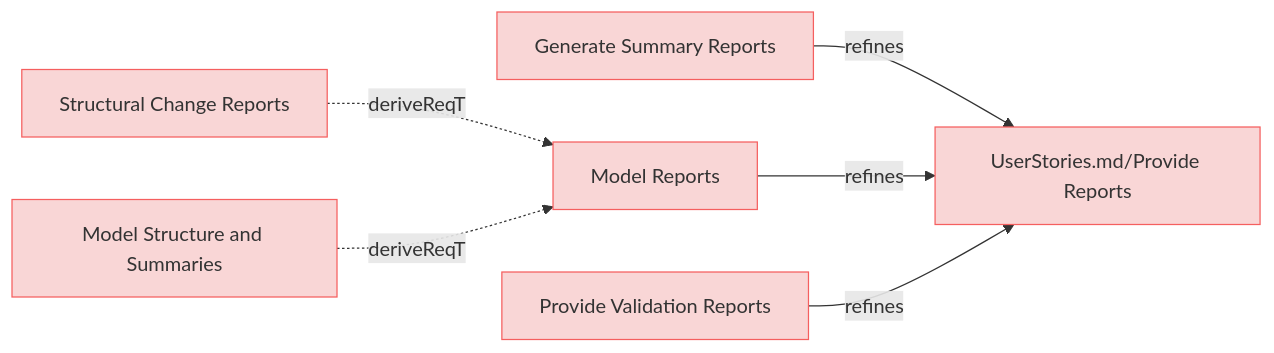
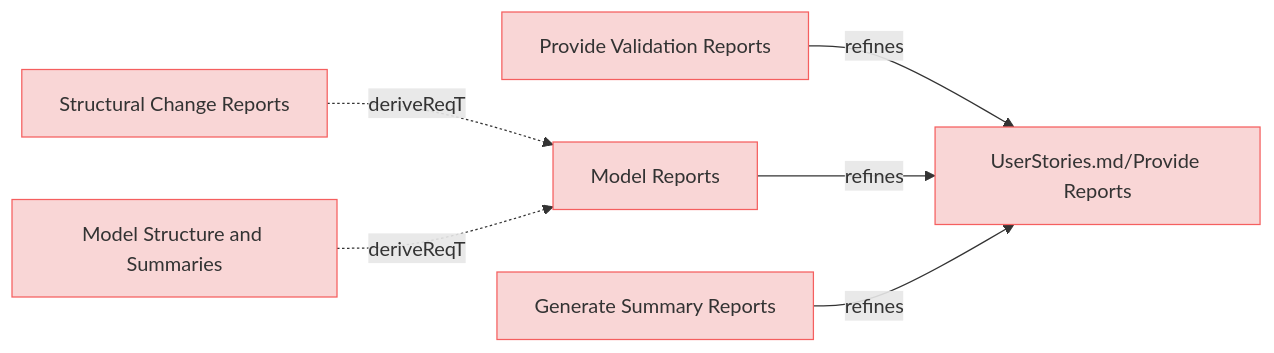
The fifth of 9 diagrams in specifications/UserRequirements.md (reqvire-org/reqvire), drawn with Mermaid before and after one commit. The commit also changed other lines of this file and 15 other files, not shown here.

Commit message:
Linted and new diagrams generated.

````diff
--- a/specifications/UserRequirements.md
+++ b/specifications/UserRequirements.md
@@ -369,32 +369,32 @@
 ```mermaid
 graph LR;
   %% Graph styling
   classDef requirement fill:#f9d6d6,stroke:#f55f5f,stroke-width:1px;
   classDef verification fill:#d6f9d6,stroke:#5fd75f,stroke-width:1px;
   classDef externalLink fill:#d0e0ff,stroke:#3080ff,stroke-width:1px;
   classDef default fill:#f5f5f5,stroke:#333333,stroke-width:1px;
 
-  db41436c9a771e21["Generate Summary Reports"];
-  click db41436c9a771e21 "https://github.com/Reqvire/reqvire/blob/f18e52f9f88c64f67a79abc4e93eb74b3ec22615/specifications/UserRequirements.md#generate-summary-reports";
-  class db41436c9a771e21 requirement;
-  9cb6618c17d19a11["UserStories.md/Provide Reports"];
-  class 9cb6618c17d19a11 requirement;
-  click 9cb6618c17d19a11 "https://github.com/Reqvire/reqvire/blob/f18e52f9f88c64f67a79abc4e93eb74b3ec22615/specifications/UserStories.md#provide-reports";
-  db41436c9a771e21 -->|refines| 9cb6618c17d19a11;
   6572e9cc4d78415a["Structural Change Reports"];
-  click 6572e9cc4d78415a "https://github.com/Reqvire/reqvire/blob/f18e52f9f88c64f67a79abc4e93eb74b3ec22615/specifications/UserRequirements.md#structural-change-reports";
+  click 6572e9cc4d78415a "https://github.com/Reqvire/reqvire/blob/b8c43d2689b933838bf1838d8a4cdf3393c9014f/specifications/UserRequirements.md#structural-change-reports";
   class 6572e9cc4d78415a requirement;
   98d3f01fb666c41f["Model Reports"];
   class 98d3f01fb666c41f requirement;
-  click 98d3f01fb666c41f "https://github.com/Reqvire/reqvire/blob/f18e52f9f88c64f67a79abc4e93eb74b3ec22615/specifications/UserRequirements.md#model-reports";
+  click 98d3f01fb666c41f "https://github.com/Reqvire/reqvire/blob/b8c43d2689b933838bf1838d8a4cdf3393c9014f/specifications/UserRequirements.md#model-reports";
   6572e9cc4d78415a -.->|deriveReqT| 98d3f01fb666c41f;
+  2d3cfde19fc6bb79["Provide Validation Reports"];
+  click 2d3cfde19fc6bb79 "https://github.com/Reqvire/reqvire/blob/b8c43d2689b933838bf1838d8a4cdf3393c9014f/specifications/UserRequirements.md#provide-validation-reports";
+  class 2d3cfde19fc6bb79 requirement;
+  9cb6618c17d19a11["UserStories.md/Provide Reports"];
+  class 9cb6618c17d19a11 requirement;
+  click 9cb6618c17d19a11 "https://github.com/Reqvire/reqvire/blob/b8c43d2689b933838bf1838d8a4cdf3393c9014f/specifications/UserStories.md#provide-reports";
+  2d3cfde19fc6bb79 -->|refines| 9cb6618c17d19a11;
   98d3f01fb666c41f -->|refines| 9cb6618c17d19a11;
-  2d3cfde19fc6bb79["Provide Validation Reports"];
-  click 2d3cfde19fc6bb79 "https://github.com/Reqvire/reqvire/blob/f18e52f9f88c64f67a79abc4e93eb74b3ec22615/specifications/UserRequirements.md#provide-validation-reports";
-  class 2d3cfde19fc6bb79 requirement;
-  2d3cfde19fc6bb79 -->|refines| 9cb6618c17d19a11;
   40de7485b25294["Model Structure and Summaries"];
-  click 40de7485b25294 "https://github.com/Reqvire/reqvire/blob/f18e52f9f88c64f67a79abc4e93eb74b3ec22615/specifications/UserRequirements.md#model-structure-and-summaries";
+  click 40de7485b25294 "https://github.com/Reqvire/reqvire/blob/b8c43d2689b933838bf1838d8a4cdf3393c9014f/specifications/UserRequirements.md#model-structure-and-summaries";
   class 40de7485b25294 requirement;
   40de7485b25294 -.->|deriveReqT| 98d3f01fb666c41f;
+  db41436c9a771e21["Generate Summary Reports"];
+  click db41436c9a771e21 "https://github.com/Reqvire/reqvire/blob/b8c43d2689b933838bf1838d8a4cdf3393c9014f/specifications/UserRequirements.md#generate-summary-reports";
+  class db41436c9a771e21 requirement;
+  db41436c9a771e21 -->|refines| 9cb6618c17d19a11;
 ```
````
